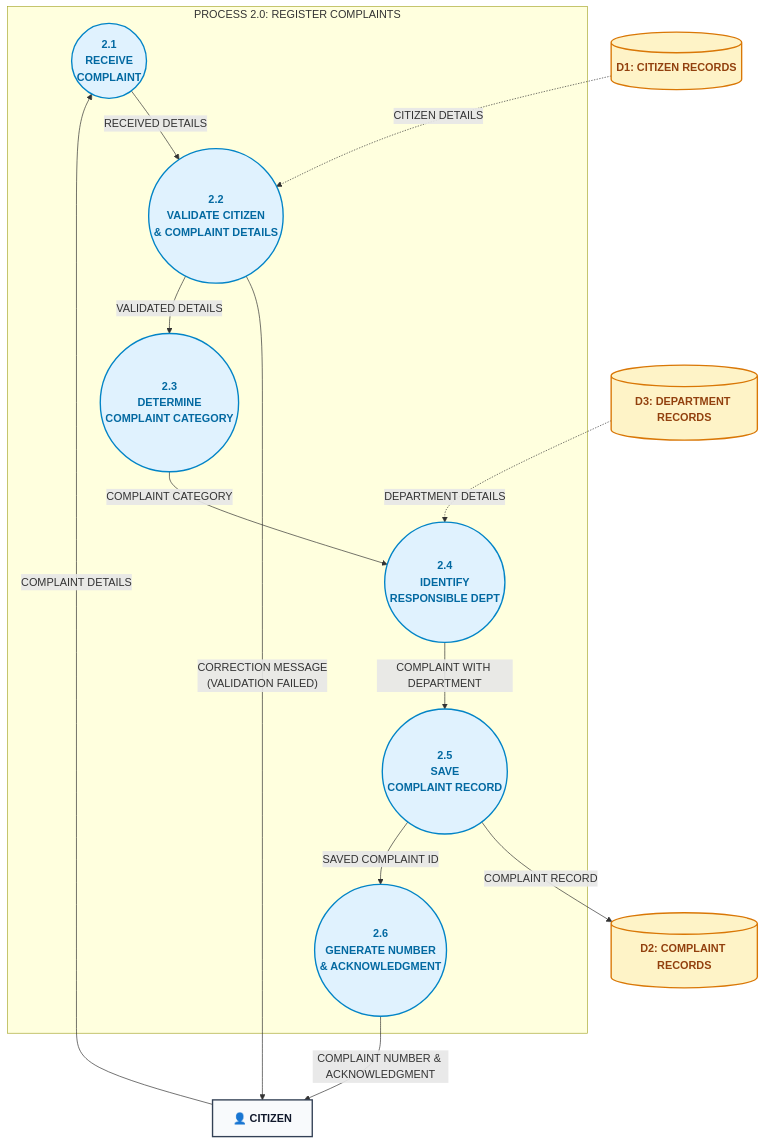
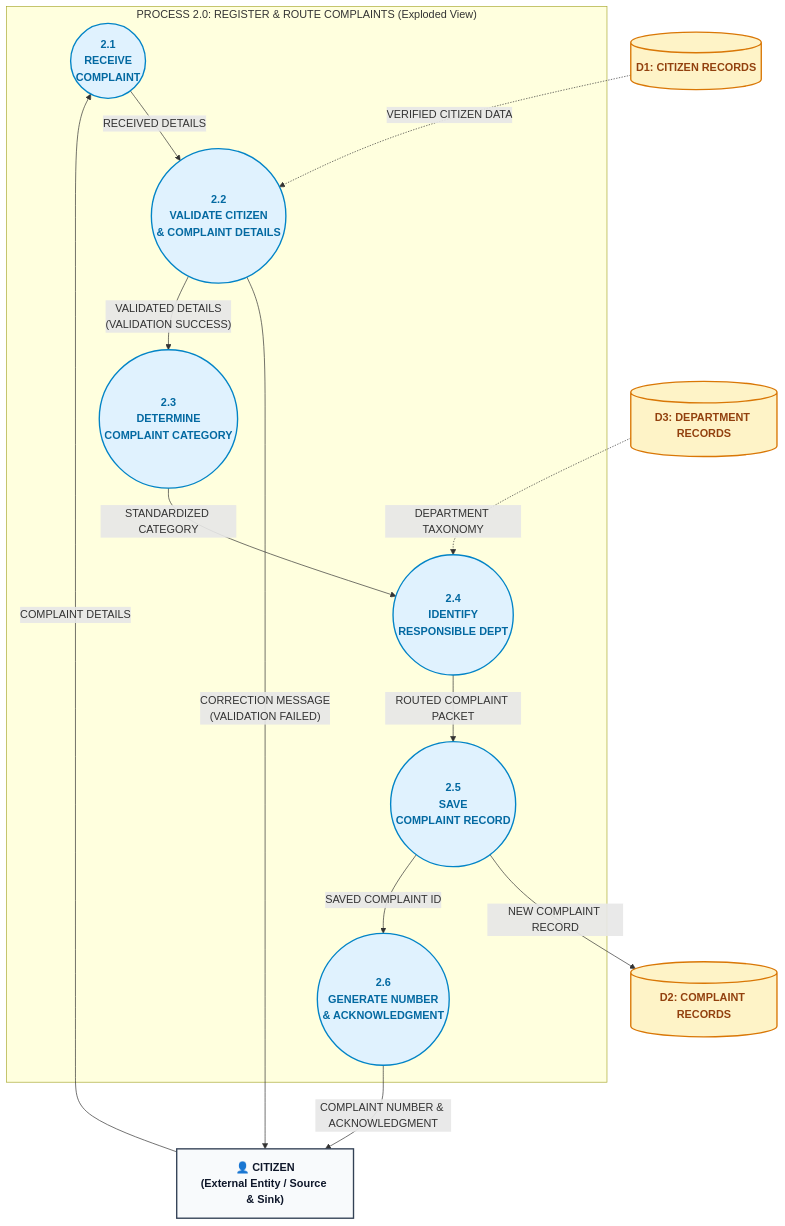
One commit to Arish026/municipal-complaint-system changed the diagram in docs/diagrams/dfd_level_2.md. Above: the diagram before and after it, drawn with Mermaid. The commit also changed other lines of this file and 5 other files, not shown here.

Commit message:
docs(diagrams): align ERD, DFD L0-L2, and Semantic Net with Dr. S. M. Khalid Chapter 4 standards

````diff
--- a/docs/diagrams/dfd_level_2.md
+++ b/docs/diagrams/dfd_level_2.md
@@ -17,52 +24,52 @@
 ```mermaid
 flowchart TD
-    %% External Boundary of Process 2.0
-    subgraph P2 ["PROCESS 2.0: REGISTER COMPLAINTS"]
+    %% Parent Process Perimeter Subgraph
+    subgraph P2 ["PROCESS 2.0: REGISTER & ROUTE COMPLAINTS (Exploded View)"]
         P2_1(("2.1<br/>RECEIVE<br/>COMPLAINT"))
         P2_2(("2.2<br/>VALIDATE CITIZEN<br/>& COMPLAINT DETAILS"))
         P2_3(("2.3<br/>DETERMINE<br/>COMPLAINT CATEGORY"))
         P2_4(("2.4<br/>IDENTIFY<br/>RESPONSIBLE DEPT"))
         P2_5(("2.5<br/>SAVE<br/>COMPLAINT RECORD"))
         P2_6(("2.6<br/>GENERATE NUMBER<br/>& ACKNOWLEDGMENT"))
     end
 
     %% External Entity
-    CITIZEN["👤 CITIZEN"]
+    CITIZEN["👤 CITIZEN<br/>(External Entity / Source & Sink)"]
 
-    %% Data Stores
+    %% Data Stores (Data at Rest)
     D1[("D1: CITIZEN RECORDS")]
     D3[("D3: DEPARTMENT RECORDS")]
     D2[("D2: COMPLAINT RECORDS")]
 
-    %% Process 2.1 Flows
+    %% Process 2.1 Inbound Flow
     CITIZEN -- "COMPLAINT DETAILS" --> P2_1
     P2_1 -- "RECEIVED DETAILS" --> P2_2
 
-    %% Process 2.2 Flows (Validation)
-    D1 -. "CITIZEN DETAILS" .-> P2_2
+    %% Process 2.2 Validation Flows
+    D1 -. "VERIFIED CITIZEN DATA" .-> P2_2
     P2_2 -- "CORRECTION MESSAGE<br/>(VALIDATION FAILED)" --> CITIZEN
-    P2_2 -- "VALIDATED DETAILS" --> P2_3
+    P2_2 -- "VALIDATED DETAILS<br/>(VALIDATION SUCCESS)" --> P2_3
 
-    %% Process 2.3 Flows (Category)
-    P2_3 -- "COMPLAINT CATEGORY" --> P2_4
+    %% Process 2.3 Categorization Flow
+    P2_3 -- "STANDARDIZED CATEGORY" --> P2_4
 
-    %% Process 2.4 Flows (Department Routing)
-    D3 -. "DEPARTMENT DETAILS" .-> P2_4
-    P2_4 -- "COMPLAINT WITH DEPARTMENT" --> P2_5
+    %% Process 2.4 Department Routing Flows
+    D3 -. "DEPARTMENT TAXONOMY" .-> P2_4
+    P2_4 -- "ROUTED COMPLAINT PACKET" --> P2_5
 
-    %% Process 2.5 Flows (Persistence)
-    P2_5 -- "COMPLAINT RECORD" --> D2
+    %% Process 2.5 Persistence Flows (Atomic Transaction)
+    P2_5 -- "NEW COMPLAINT RECORD" --> D2
     P2_5 -- "SAVED COMPLAINT ID" --> P2_6
 
-    %% Process 2.6 Flows (Acknowledgment)
+    %% Process 2.6 Acknowledgment Dispatch
     P2_6 -- "COMPLAINT NUMBER & ACKNOWLEDGMENT" --> CITIZEN
 
     %% Styling
     classDef entity fill:#f8fafc,stroke:#334155,stroke-width:2px,color:#0f172a,font-weight:bold;
     classDef process fill:#e0f2fe,stroke:#0284c7,stroke-width:2px,color:#0369a1,font-weight:bold;
     classDef store fill:#fef3c7,stroke:#d97706,stroke-width:2px,color:#92400e,font-weight:bold;
 
     class CITIZEN entity;
     class P2_1,P2_2,P2_3,P2_4,P2_5,P2_6 process;
     class D1,D2,D3 store;
 ```
````
